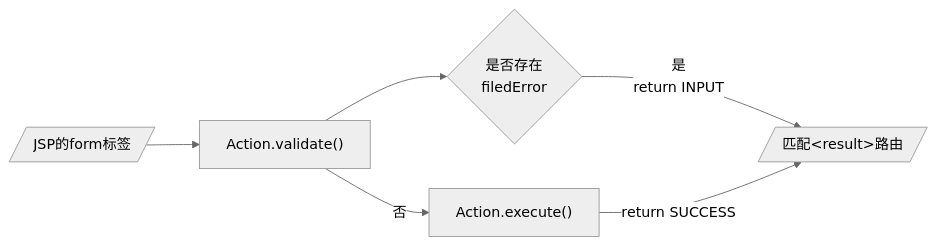
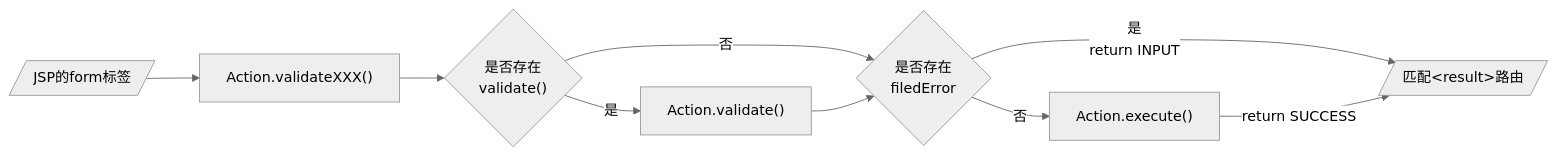
One commit to yaner-here/notebook changed the tenth of 10 diagrams in JSP.md. Above: the diagram before and after it, drawn with Mermaid (neutral theme). The commit also changed other lines of this file and 1 other file, not shown here.

````diff
--- a/JSP.md
+++ b/JSP.md
@@ -4723,14 +4734,25 @@
 ```mermaid
 flowchart LR
 	HTMLForm[/"JSP的form标签"/]
 	ActionValidate["Action.validate()"]
+	ActionIsValidateExist{"是否存在<br>validate()"}
+	ActionValidateXXX["Action.validateXXX()"]
 	ActionIsFiledErrorExist{"是否存在<br>filedError"}
 	ActionExecute["Action.execute()"]
 	StrutsXML[/"匹配&lt;result&gt;路由"/]
 	
-	HTMLForm-->ActionValidate
+	HTMLForm-->ActionValidateXXX
+		-->ActionIsValidateExist
+		--"否"-->ActionIsFiledErrorExist
+	ActionIsValidateExist--"是"-->ActionValidate
 		-->ActionIsFiledErrorExist
-		--"是<br>return INPUT"-->StrutsXML
-	ActionValidate--"否"-->ActionExecute
+	
+	
+	ActionIsFiledErrorExist--"是<br>return INPUT"-->StrutsXML
+		
+		
+		
+		
+	ActionIsFiledErrorExist--"否"-->ActionExecute
 		--"return SUCCESS"-->StrutsXML
 ```
````
